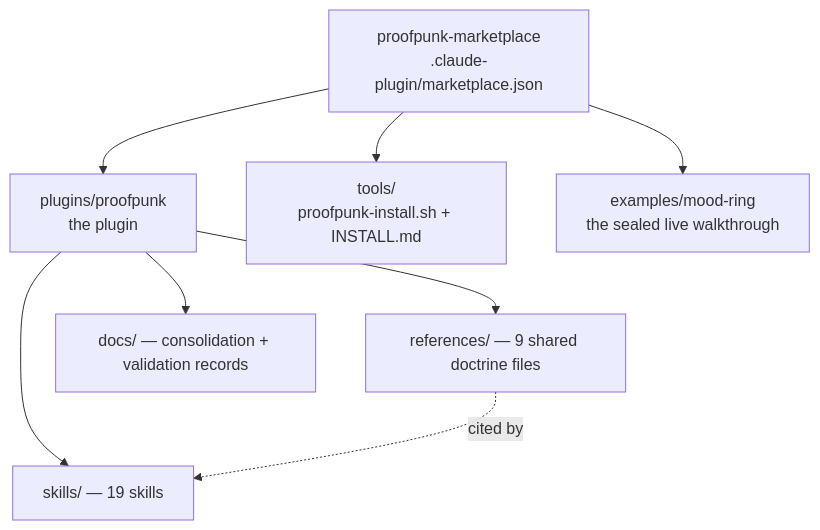
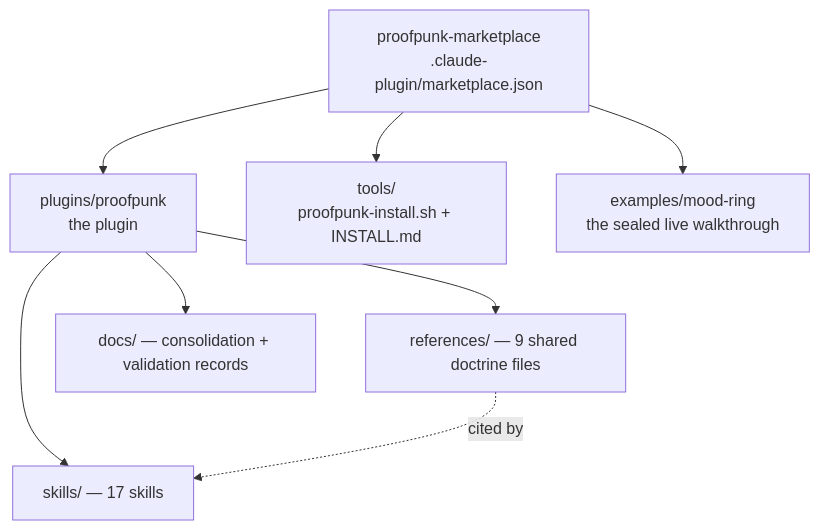
The first of 5 diagrams in README.md (krzemienski/proofpunk), drawn with Mermaid before and after one commit. The commit also changed other lines of this file and 72 other files, not shown here.

````diff
--- a/README.md
+++ b/README.md
@@ -451,11 +403,11 @@
 ```mermaid
 graph TD
     M["proofpunk-marketplace<br/>.claude-plugin/marketplace.json"]
     M --> P["plugins/proofpunk<br/>the plugin"]
     M --> T["tools/<br/>proofpunk-install.sh + INSTALL.md"]
     M --> E["examples/mood-ring<br/>the sealed live walkthrough"]
-    P --> S["skills/ — 19 skills"]
+    P --> S["skills/ — 17 skills"]
     P --> R["references/ — 9 shared doctrine files"]
     P --> D["docs/ — consolidation + validation records"]
     R -.->|cited by| S
 ```
````
